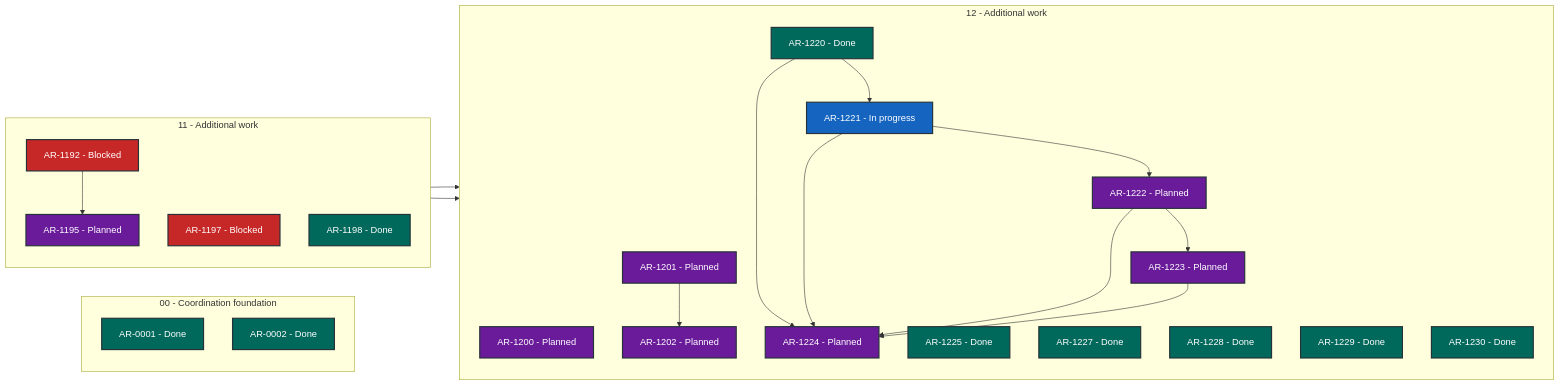
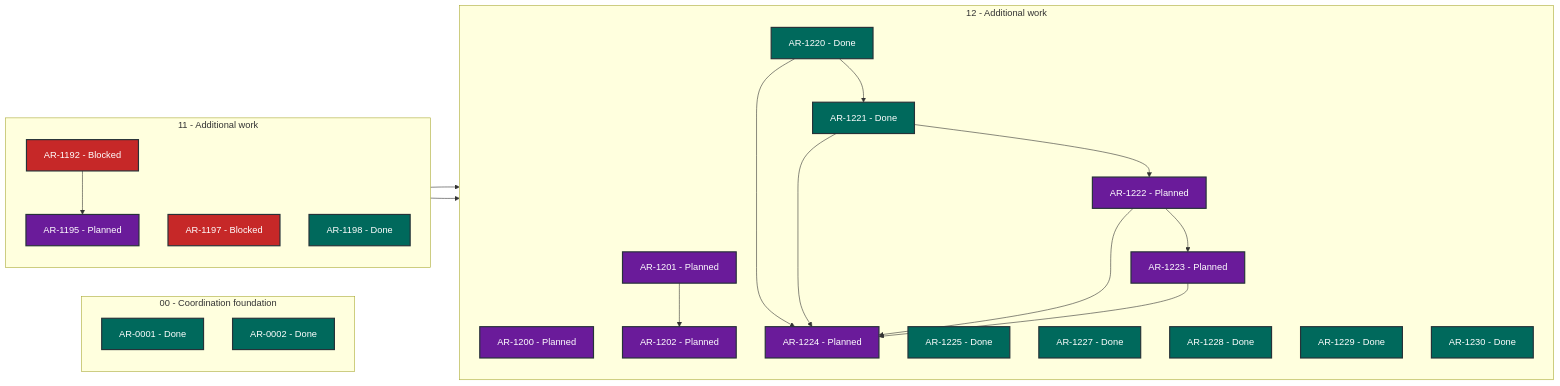
One commit to martin-beck/asb-tui-state changed the diagram in STATUS.md. Above: the diagram before and after it, drawn with Mermaid. The commit also changed other lines of this file and 2 other files, not shown here.

````diff
--- a/STATUS.md
+++ b/STATUS.md
@@ -27,50 +27,50 @@
 ```mermaid
 flowchart LR
     subgraph series_00["00 - Coordination foundation"]
         direction TB
         AR_0001["AR-0001 - Done"]:::status_done
         AR_0002["AR-0002 - Done"]:::status_done
     end
     subgraph series_11["11 - Additional work"]
         direction TB
         AR_1192["AR-1192 - Blocked"]:::status_blocked
         AR_1195["AR-1195 - Planned"]:::status_planned
         AR_1197["AR-1197 - Blocked"]:::status_blocked
         AR_1198["AR-1198 - Done"]:::status_done
     end
     subgraph series_12["12 - Additional work"]
         direction TB
         AR_1200["AR-1200 - Planned"]:::status_planned
         AR_1201["AR-1201 - Planned"]:::status_planned
         AR_1202["AR-1202 - Planned"]:::status_planned
         AR_1220["AR-1220 - Done"]:::status_done
-        AR_1221["AR-1221 - In progress"]:::status_in_progress
+        AR_1221["AR-1221 - Done"]:::status_done
         AR_1222["AR-1222 - Planned"]:::status_planned
         AR_1223["AR-1223 - Planned"]:::status_planned
         AR_1224["AR-1224 - Planned"]:::status_planned
         AR_1225["AR-1225 - Done"]:::status_done
         AR_1227["AR-1227 - Done"]:::status_done
         AR_1228["AR-1228 - Done"]:::status_done
         AR_1229["AR-1229 - Done"]:::status_done
         AR_1230["AR-1230 - Done"]:::status_done
     end
     AR_1192 --> AR_1195
     AR_1195 --> AR_1200
     AR_1197 --> AR_1201
     AR_1201 --> AR_1202
     AR_1220 --> AR_1221
     AR_1220 --> AR_1224
     AR_1221 --> AR_1222
     AR_1221 --> AR_1224
     AR_1222 --> AR_1223
     AR_1222 --> AR_1224
     AR_1223 --> AR_1224
     classDef status_in_progress fill:#1565c0,color:#ffffff,stroke:#263238,stroke-width:2px
     classDef status_open fill:#2e7d32,color:#ffffff,stroke:#263238,stroke-width:2px
     classDef status_blocked fill:#c62828,color:#ffffff,stroke:#263238,stroke-width:2px
     classDef status_planned fill:#6a1b9a,color:#ffffff,stroke:#263238,stroke-width:2px
     classDef status_future fill:#455a64,color:#ffffff,stroke:#263238,stroke-width:2px
     classDef status_done fill:#00695c,color:#ffffff,stroke:#263238,stroke-width:2px
     classDef status_cancelled fill:#616161,color:#ffffff,stroke:#263238,stroke-width:2px
     classDef status_superseded fill:#5d4037,color:#ffffff,stroke:#263238,stroke-width:2px
 ```
````
